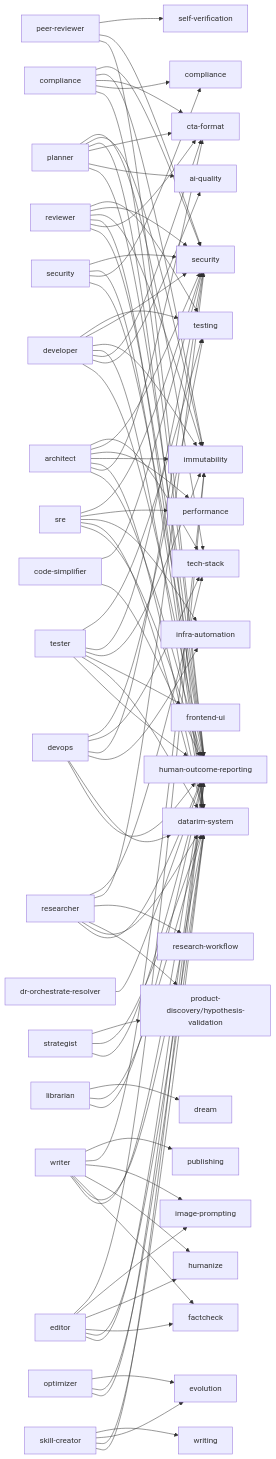
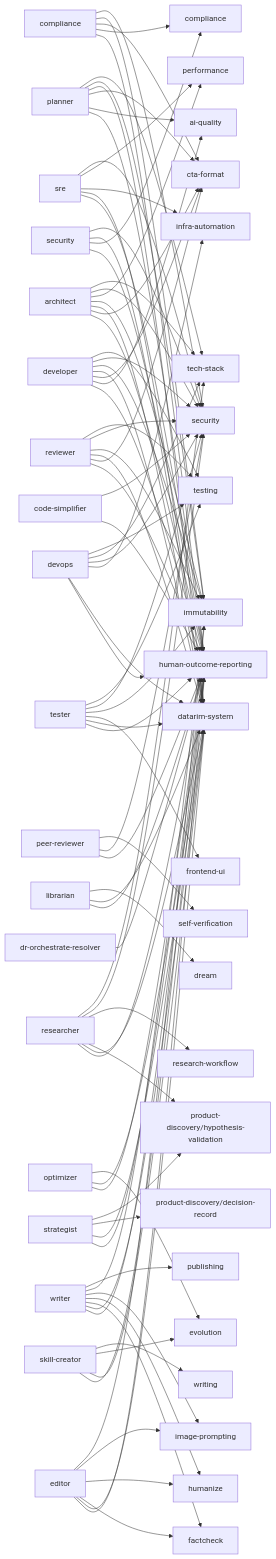
Before and after one commit to Arcanada-one/datarim: the second of 2 diagrams in skills/visual-maps/framework-architecture.md, drawn with Mermaid. The commit also changed other lines of this file and 20 other files, not shown here.

First line of the commit message:
feat(product-discovery): add decision records and scope modes [D5A-T3.3] (#510)

```diff
--- a/skills/visual-maps/framework-architecture.md
+++ b/skills/visual-maps/framework-architecture.md
@@ -112,6 +112,7 @@
     A_sre["sre"] --> S_security["security"]
     A_strategist["strategist"] --> S_human_outcome_reporting["human-outcome-reporting"]
     A_strategist["strategist"] --> S_datarim_system["datarim-system"]
+    A_strategist["strategist"] --> S_product_discovery_decision_record["product-discovery/decision-record"]
     A_strategist["strategist"] --> S_product_discovery_hypothesis_validation["product-discovery/hypothesis-validation"]
     A_tester["tester"] --> S_human_outcome_reporting["human-outcome-reporting"]
     A_tester["tester"] --> S_datarim_system["datarim-system"]
```
